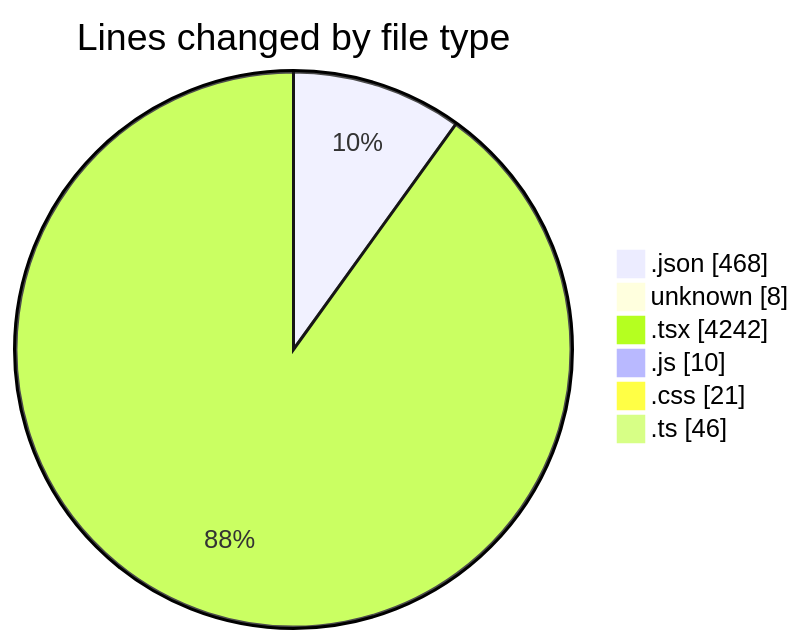
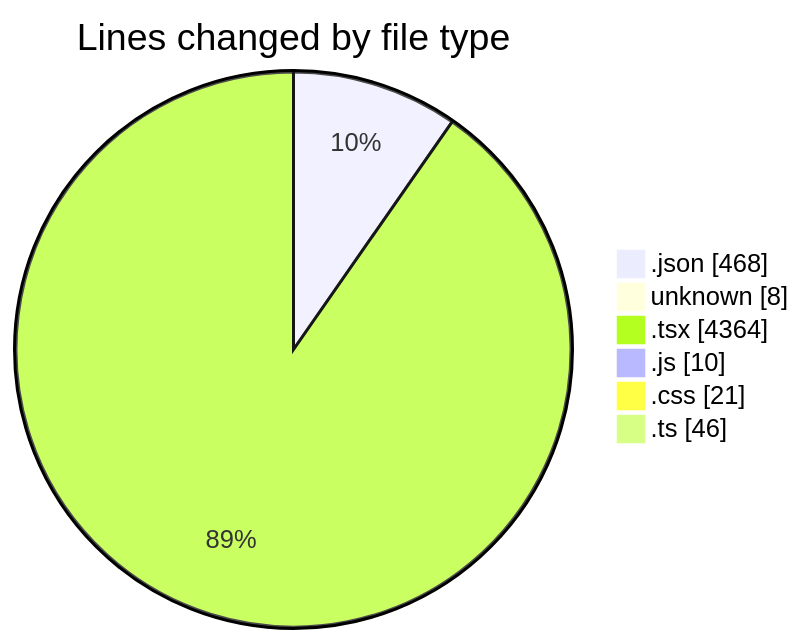
The first of 2 diagrams in 2025-05-02/niten/README.md (Elitesun/code-tracking), drawn with Mermaid before and after one commit. The commit also changed other lines of this file and 1 other file, not shown here.

````diff
--- a/2025-05-02/niten/README.md
+++ b/2025-05-02/niten/README.md
@@ -59,10 +59,10 @@
 ```mermaid
 pie showData
 title Lines changed by file type
 ".json" : 468
 "unknown" : 8
-".tsx" : 4242
+".tsx" : 4364
 ".js" : 10
 ".css" : 21
 ".ts" : 46
 ```
````
